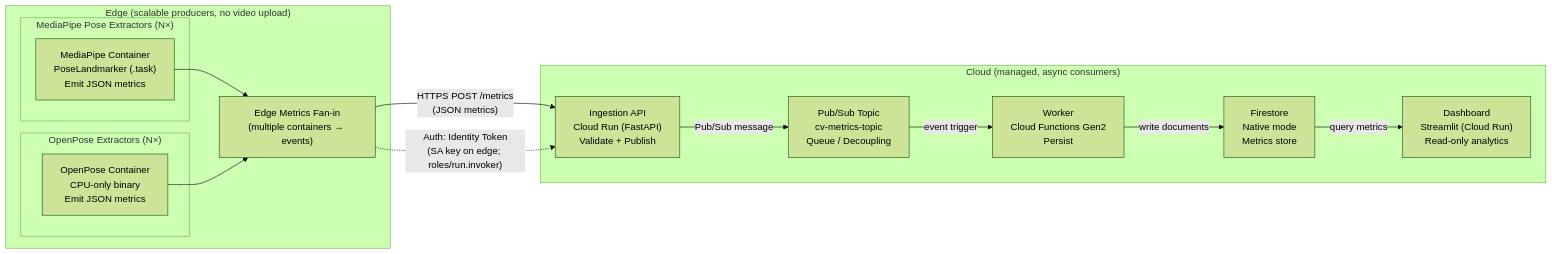
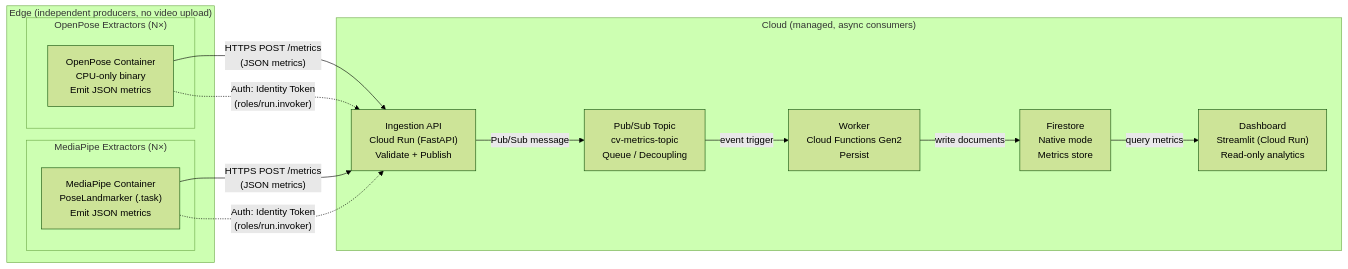
One commit to chri-gassner/CLC_Group_Project changed the diagram in README_V2.md. Above: the diagram before and after it, drawn with Mermaid (forest theme). The commit also changed other lines of this file, not shown here.

Commit message:
Update README_V2.md for edge and cloud architecture

````diff
--- a/README_V2.md
+++ b/README_V2.md
@@ -61,33 +61,31 @@
 ```mermaid
 flowchart LR
-  subgraph EDGE["Edge (scalable producers, no video upload)"]
-    subgraph MP["MediaPipe Pose Extractors (N×)"]
+  subgraph EDGE["Edge (independent producers, no video upload)"]
+    subgraph MP["MediaPipe Extractors (N×)"]
       MP1["MediaPipe Container<br/>PoseLandmarker (.task)<br/>Emit JSON metrics"]
     end
 
     subgraph OP["OpenPose Extractors (N×)"]
       OP1["OpenPose Container<br/>CPU-only binary<br/>Emit JSON metrics"]
     end
-
-    X["Edge Metrics Fan-in<br/>(multiple containers → events)"]
-
-    MP1 --> X
-    OP1 --> X
   end
 
   subgraph CLOUD["Cloud (managed, async consumers)"]
     B["Ingestion API<br/>Cloud Run (FastAPI)<br/>Validate + Publish"]
     C["Pub/Sub Topic<br/>cv-metrics-topic<br/>Queue / Decoupling"]
     D["Worker<br/>Cloud Functions Gen2<br/>Persist"]
     E["Firestore<br/>Native mode<br/>Metrics store"]
     F["Dashboard<br/>Streamlit (Cloud Run)<br/>Read-only analytics"]
   end
 
-  X -->|"HTTPS POST /metrics<br/>(JSON metrics)"| B
+  MP1 -->|"HTTPS POST /metrics<br/>(JSON metrics)"| B
+  OP1 -->|"HTTPS POST /metrics<br/>(JSON metrics)"| B
+
   B -->|"Pub/Sub message"| C
   C -->|"event trigger"| D
   D -->|"write documents"| E
   E -->|"query metrics"| F
 
-  X -.->|"Auth: Identity Token<br/>(SA key on edge; roles/run.invoker)"| B
+  MP1 -.->|"Auth: Identity Token<br/>(roles/run.invoker)"| B
+  OP1 -.->|"Auth: Identity Token<br/>(roles/run.invoker)"| B
 ```
````
